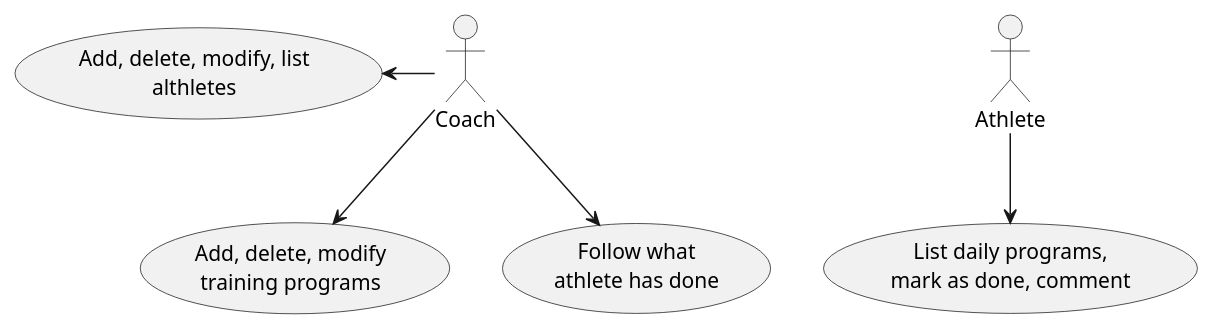
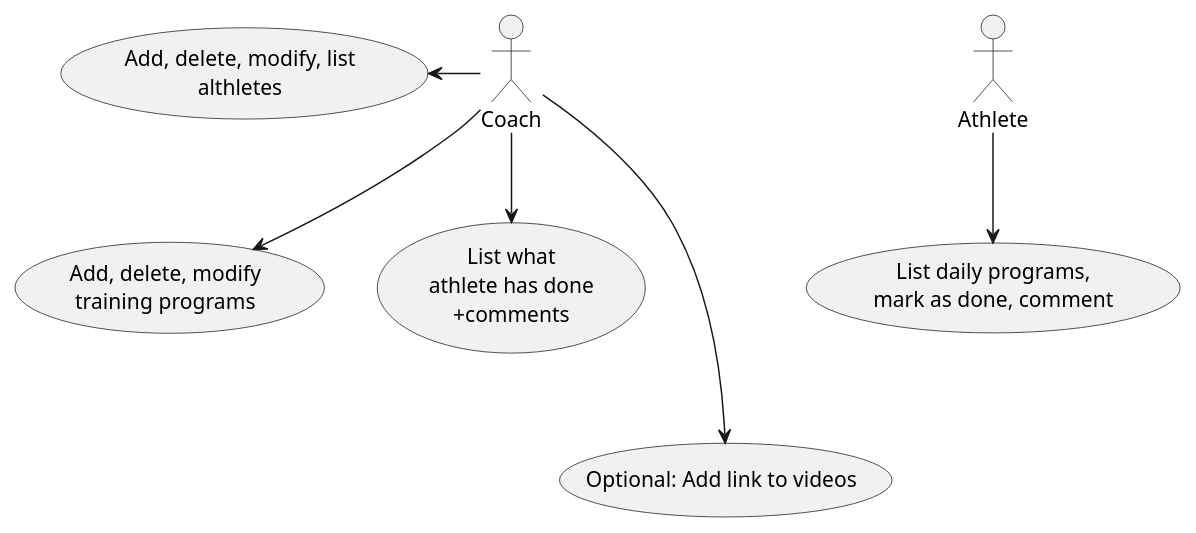
Before and after one commit to SaLuX8/UI-programming: the diagram in Specs/Specs.md, drawn with PlantUML. The commit also changed other lines of this file, not shown here.

````diff
--- a/Specs/Specs.md
+++ b/Specs/Specs.md
@@ -30,17 +30,19 @@
 ```plantuml
 
 actor Coach 
 actor Athlete
 usecase (Add, delete, modify\ntraining programs) as UC1
 usecase (List daily programs,\nmark as done, comment) as UC2
-usecase (Follow what\nathlete has done) as UC3
+usecase (List what\nathlete has done\n+comments) as UC3
 usecase (Add, delete, modify, list\nalthletes) as UC4
+usecase (Optional: Add link to videos) as UC5
 
 Coach -left-> UC4
 Coach -down-> UC1
 Coach -down-> UC3
+Coach -down--> UC5
 
 Athlete -down-> UC2
 
 
 ```
````
